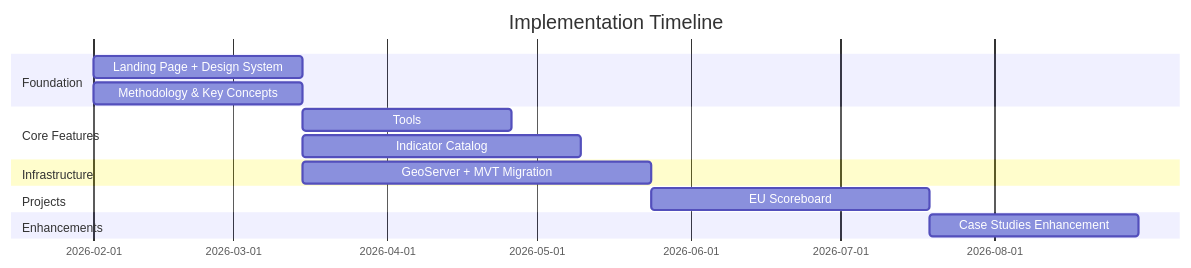
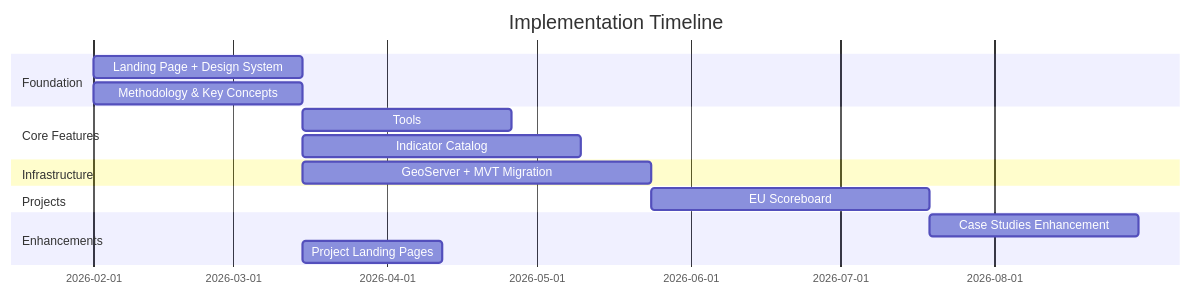
The second of 5 diagrams in plan/TECHNICAL_IMPLEMENTATION_PLAN.md (upbeat-works/provide), drawn with Mermaid before and after one commit. The commit also changed other lines of this file, not shown here.

Commit message:
feat: add project pages

````diff
--- a/plan/TECHNICAL_IMPLEMENTATION_PLAN.md
+++ b/plan/TECHNICAL_IMPLEMENTATION_PLAN.md
@@ -75,22 +76,23 @@
 ```mermaid
 gantt
     title Implementation Timeline
     dateFormat YYYY-MM-DD
 
     section Foundation
     Landing Page + Design System           :d1, 2026-02-01, 6w
     Methodology & Key Concepts             :d2, 2026-02-01, 6w
 
     section Core Features
     Tools                             :d3, after d1, 6w
     Indicator Catalog                      :d4, after d1, 8w
 
     section Infrastructure
     GeoServer + MVT Migration              :d5, after d1, 10w
 
     section Projects
     EU Scoreboard                          :d6, after d3 d4 d5, 8w
 
     section Enhancements
     Case Studies Enhancement               :d7, after d6, 6w
+    Project Landing Pages                  :d8, after d1, 4w
 ```
````
